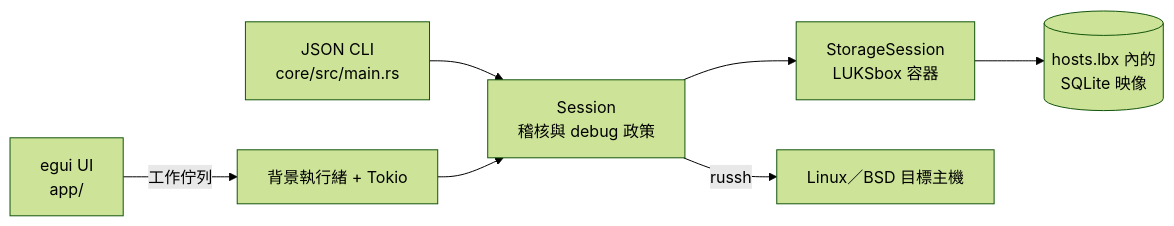
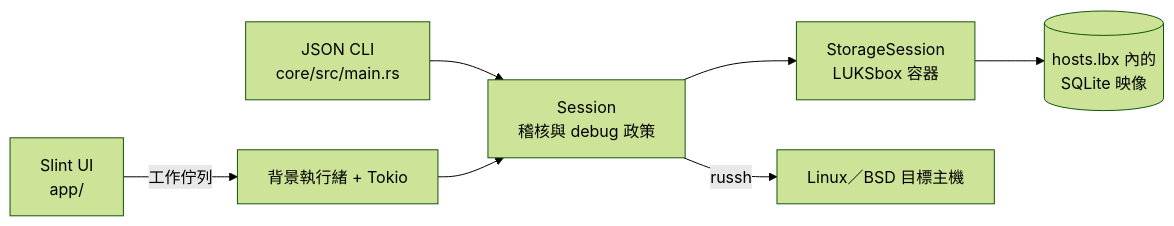
The diagram in docs/architecture.md (Sparxilium-Network/MISF-Management-Terminal), drawn with Mermaid (forest theme) before and after one commit. The commit also changed other lines of this file and 40 other files, not shown here.

````diff
--- a/docs/architecture.md
+++ b/docs/architecture.md
@@ -16,9 +16,9 @@
 ```mermaid
 flowchart LR
-    UI[egui UI<br/>app/] -->|工作佇列| Worker[背景執行緒 + Tokio]
+    UI[Slint UI<br/>app/] -->|工作佇列| Worker[背景執行緒 + Tokio]
     CLI[JSON CLI<br/>core/src/main.rs] --> Session
     Worker --> Session[Session<br/>稽核與 debug 政策]
     Session --> Storage[StorageSession<br/>LUKSbox 容器]
     Storage --> DB[(hosts.lbx 內的<br/>SQLite 映像)]
     Session -->|russh| Host[Linux／BSD 目標主機]
 ```
````
